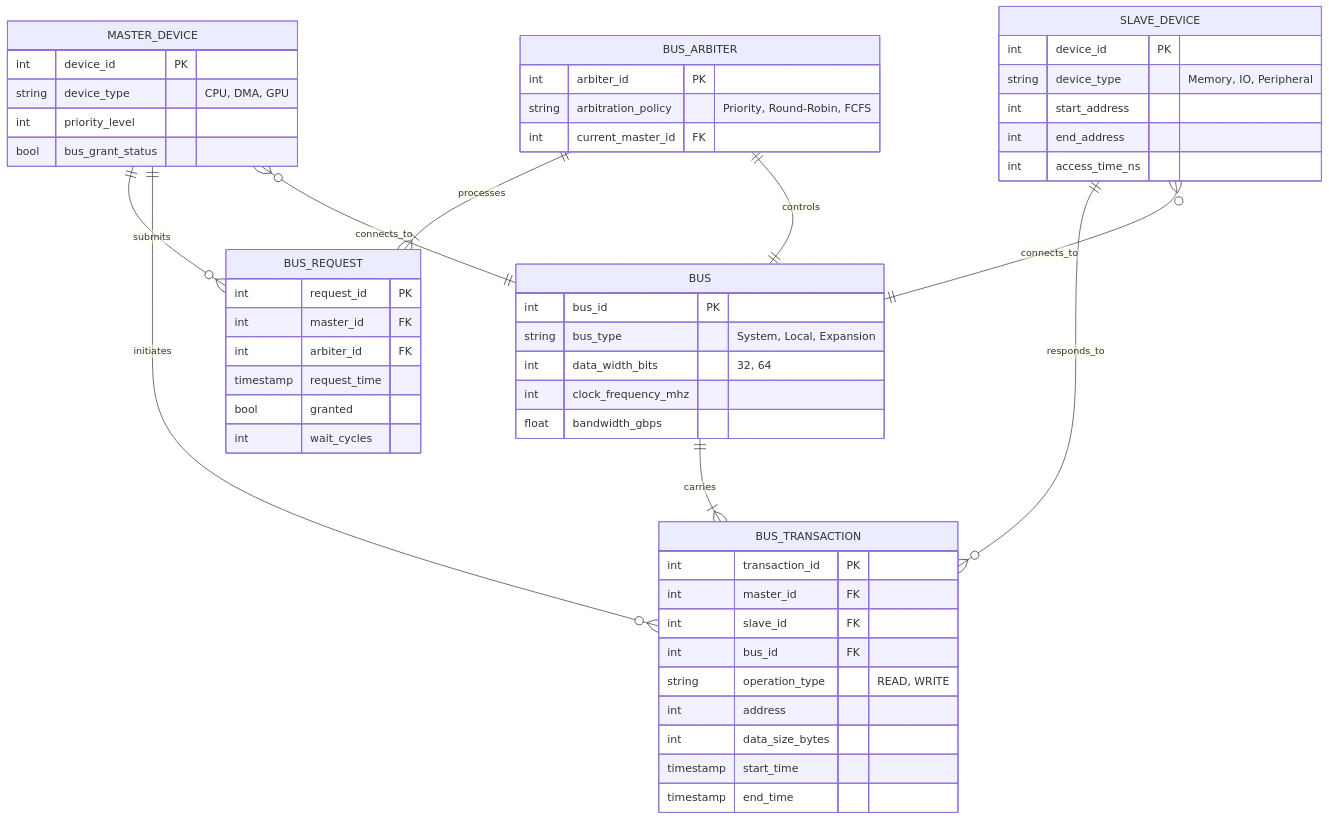
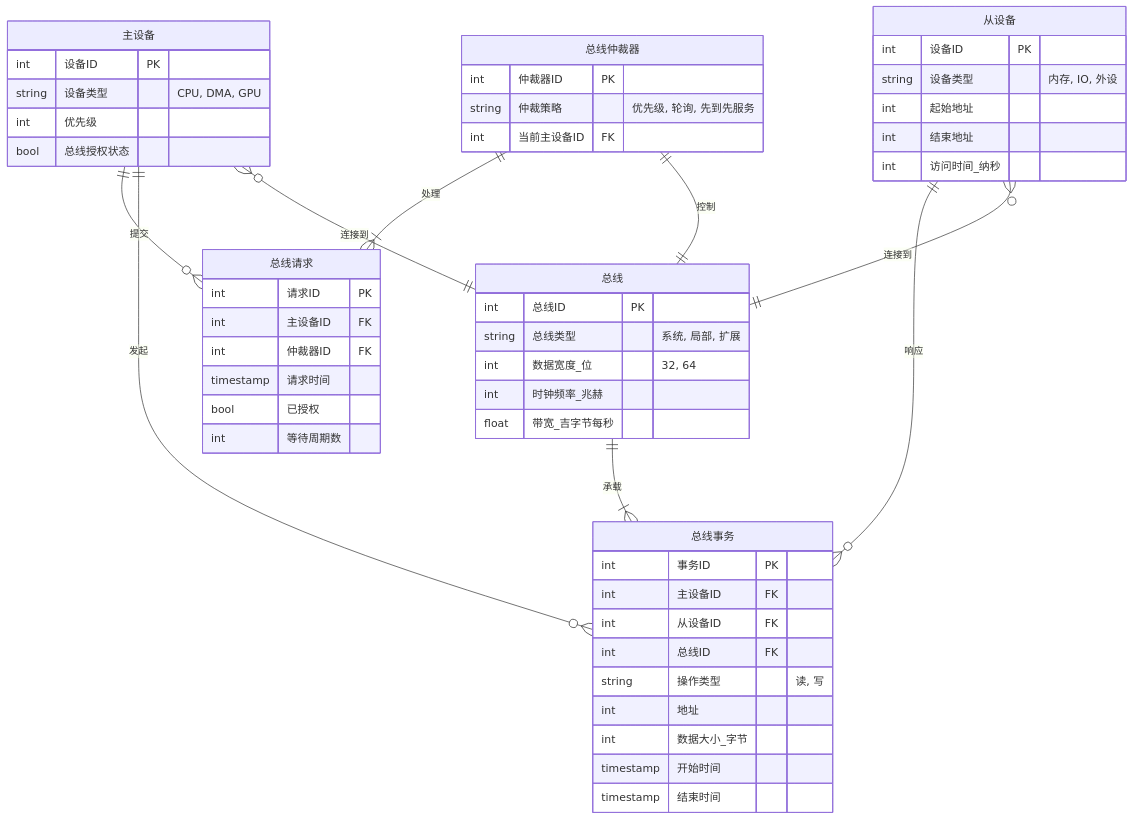
The first of 3 diagrams in 计算机组成原理/1-核心笔记/精简版/22-总线系统.md (laoliu-463/-11), drawn with Mermaid before and after one commit. The commit also changed other lines of this file and 6 other files, not shown here.

````diff
--- a/计算机组成原理/1-核心笔记/精简版/22-总线系统.md
+++ b/计算机组成原理/1-核心笔记/精简版/22-总线系统.md
@@ -12,65 +12,65 @@
 ```mermaid
 erDiagram
     %% 实体定义
-    MASTER_DEVICE {
-        int device_id PK
-        string device_type "CPU, DMA, GPU"
-        int priority_level
-        bool bus_grant_status
+    主设备 {
+        int 设备ID PK
+        string 设备类型 "CPU, DMA, GPU"
+        int 优先级
+        bool 总线授权状态
     }
     
-    SLAVE_DEVICE {
-        int device_id PK
-        string device_type "Memory, IO, Peripheral"
-        int start_address
-        int end_address
-        int access_time_ns
+    从设备 {
+        int 设备ID PK
+        string 设备类型 "内存, IO, 外设"
+        int 起始地址
+        int 结束地址
+        int 访问时间_纳秒
     }
     
-    BUS {
-        int bus_id PK
-        string bus_type "System, Local, Expansion"
-        int data_width_bits "32, 64"
-        int clock_frequency_mhz
-        float bandwidth_gbps
+    总线 {
+        int 总线ID PK
+        string 总线类型 "系统, 局部, 扩展"
+        int 数据宽度_位 "32, 64"
+        int 时钟频率_兆赫
+        float 带宽_吉字节每秒
     }
     
-    BUS_TRANSACTION {
-        int transaction_id PK
-        int master_id FK
-        int slave_id FK
-        int bus_id FK
-        string operation_type "READ, WRITE"
-        int address
-        int data_size_bytes
-        timestamp start_time
-        timestamp end_time
+    总线事务 {
+        int 事务ID PK
+        int 主设备ID FK
+        int 从设备ID FK
+        int 总线ID FK
+        string 操作类型 "读, 写"
+        int 地址
+        int 数据大小_字节
+        timestamp 开始时间
+        timestamp 结束时间
     }
     
-    BUS_ARBITER {
-        int arbiter_id PK
-        string arbitration_policy "Priority, Round-Robin, FCFS"
-        int current_master_id FK
+    总线仲裁器 {
+        int 仲裁器ID PK
+        string 仲裁策略 "优先级, 轮询, 先到先服务"
+        int 当前主设备ID FK
     }
     
-    BUS_REQUEST {
-        int request_id PK
-        int master_id FK
-        int arbiter_id FK
-        timestamp request_time
-        bool granted
-        int wait_cycles
+    总线请求 {
+        int 请求ID PK
+        int 主设备ID FK
+        int 仲裁器ID FK
+        timestamp 请求时间
+        bool 已授权
+        int 等待周期数
     }
     
     %% 关系定义
-    MASTER_DEVICE ||--o{ BUS_REQUEST : "submits"
-    BUS_ARBITER ||--|{ BUS_REQUEST : "processes"
-    BUS_ARBITER ||--|| BUS : "controls"
+    主设备 ||--o{ 总线请求 : "提交"
+    总线仲裁器 ||--|{ 总线请求 : "处理"
+    总线仲裁器 ||--|| 总线 : "控制"
     
-    MASTER_DEVICE ||--o{ BUS_TRANSACTION : "initiates"
-    SLAVE_DEVICE ||--o{ BUS_TRANSACTION : "responds_to"
-    BUS ||--|{ BUS_TRANSACTION : "carries"
+    主设备 ||--o{ 总线事务 : "发起"
+    从设备 ||--o{ 总线事务 : "响应"
+    总线 ||--|{ 总线事务 : "承载"
     
-    MASTER_DEVICE }o--|| BUS : "connects_to"
-    SLAVE_DEVICE }o--|| BUS : "connects_to"
+    主设备 }o--|| 总线 : "连接到"
+    从设备 }o--|| 总线 : "连接到"
 ```
````
